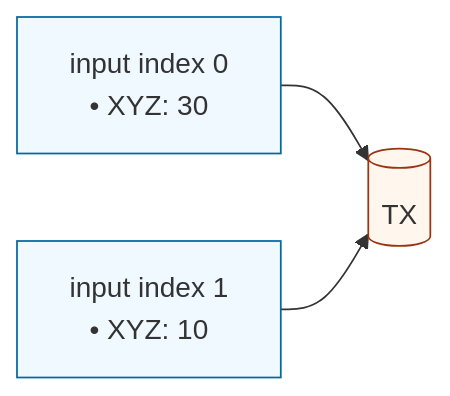
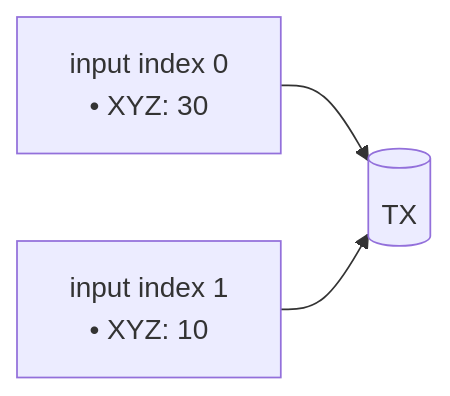
One commit to ArkLabsHQ/arkade-assets changed the fourth of 13 diagrams in Arkade-Assets-Documentation.md. Above: the diagram before and after it, drawn with Mermaid. The commit also changed other lines of this file and 1 other file, not shown here.

````diff
--- a/Arkade-Assets-Documentation.md
+++ b/Arkade-Assets-Documentation.md
@@ -726,11 +714,7 @@
 ```mermaid
 flowchart LR
   TX[(TX)]
   i0["input index 0<br/>• XYZ: 30"] --> TX
   i1["input index 1<br/>• XYZ: 10"] --> TX
 
-  classDef in fill:#f0f9ff,stroke:#0369a1,stroke-width:1px;
-  classDef tx fill:#fff7ed,stroke:#9a3412,stroke-width:1px;
-  class i0,i1 in;
-  class TX tx;
 ```
````
